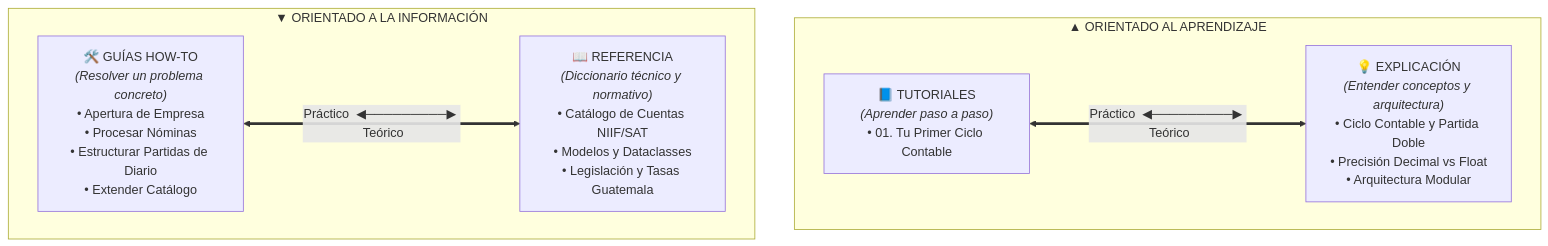
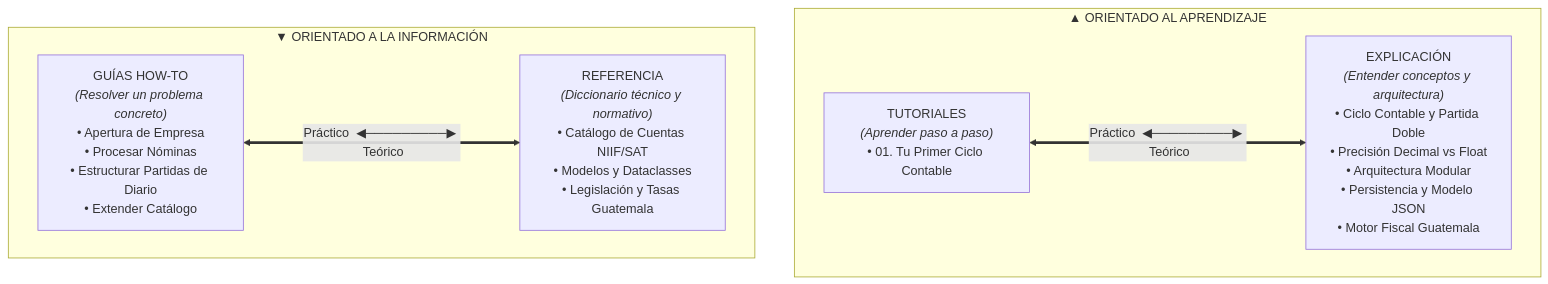
One commit to EmGamex/Accounting-Cycle-on-Python changed the first of 2 diagrams in docs/README.md. Above: the diagram before and after it, drawn with Mermaid. The commit also changed other lines of this file and 8 other files, not shown here.

````diff
--- a/docs/README.md
+++ b/docs/README.md
@@ -9,17 +9,17 @@
 ```mermaid
 flowchart TD
     subgraph OrientacionAprendizaje ["▲ ORIENTADO AL APRENDIZAJE"]
         direction LR
-        T["📘 TUTORIALES<br/><i>(Aprender paso a paso)</i><br/>• 01. Tu Primer Ciclo Contable"]
-        E["💡 EXPLICACIÓN<br/><i>(Entender conceptos y arquitectura)</i><br/>• Ciclo Contable y Partida Doble<br/>• Precisión Decimal vs Float<br/>• Arquitectura Modular"]
+        T["TUTORIALES<br/><i>(Aprender paso a paso)</i><br/>• 01. Tu Primer Ciclo Contable"]
+        E["EXPLICACIÓN<br/><i>(Entender conceptos y arquitectura)</i><br/>• Ciclo Contable y Partida Doble<br/>• Precisión Decimal vs Float<br/>• Arquitectura Modular<br/>• Persistencia y Modelo JSON<br/>• Motor Fiscal Guatemala"]
     end
 
     subgraph OrientacionInformacion ["▼ ORIENTADO A LA INFORMACIÓN"]
         direction LR
-        H["🛠️ GUÍAS HOW-TO<br/><i>(Resolver un problema concreto)</i><br/>• Apertura de Empresa<br/>• Procesar Nóminas<br/>• Estructurar Partidas de Diario<br/>• Extender Catálogo"]
-        R["📖 REFERENCIA<br/><i>(Diccionario técnico y normativo)</i><br/>• Catálogo de Cuentas NIIF/SAT<br/>• Modelos y Dataclasses<br/>• Legislación y Tasas Guatemala"]
+        H["GUÍAS HOW-TO<br/><i>(Resolver un problema concreto)</i><br/>• Apertura de Empresa<br/>• Procesar Nóminas<br/>• Estructurar Partidas de Diario<br/>• Extender Catálogo"]
+        R["REFERENCIA<br/><i>(Diccionario técnico y normativo)</i><br/>• Catálogo de Cuentas NIIF/SAT<br/>• Modelos y Dataclasses<br/>• Legislación y Tasas Guatemala"]
     end
 
     T <===>|Práctico  ◀─────────▶  Teórico| E
     H <===>|Práctico  ◀─────────▶  Teórico| R
 ```
````
